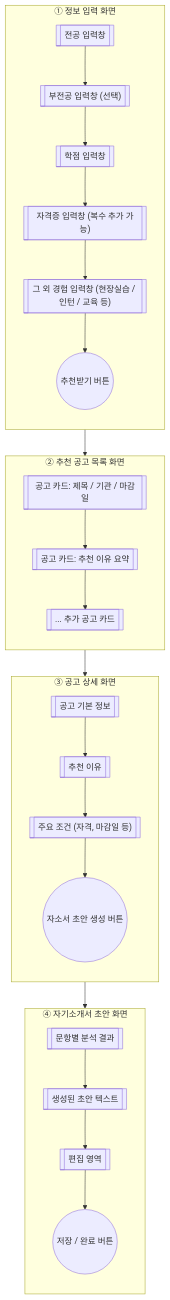
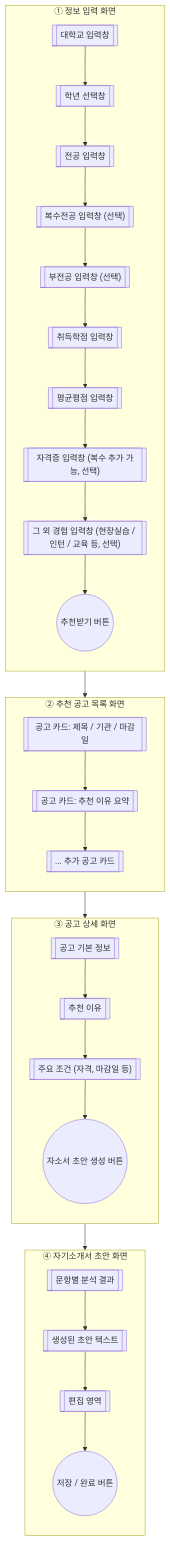
Before and after one commit to Mureung1/hub-showcase: the third of 3 diagrams in docs/prototype/wireframe.md, drawn with Mermaid. The commit also changed other lines of this file and 16 other files, not shown here.

````diff
--- a/docs/prototype/wireframe.md
+++ b/docs/prototype/wireframe.md
@@ -47,41 +47,45 @@
 ```mermaid
 flowchart TB
     subgraph S1["① 정보 입력 화면"]
         direction TB
+        s1u[["대학교 입력창"]]
+        s1g[["학년 선택창"]]
         s1a[["전공 입력창"]]
+        s1m[["복수전공 입력창 (선택)"]]
         s1b[["부전공 입력창 (선택)"]]
-        s1c[["학점 입력창"]]
-        s1e[["자격증 입력창 (복수 추가 가능)"]]
-        s1f[["그 외 경험 입력창 (현장실습 / 인턴 / 교육 등)"]]
+        s1c1[["취득학점 입력창"]]
+        s1c2[["평균평점 입력창"]]
+        s1e[["자격증 입력창 (복수 추가 가능, 선택)"]]
+        s1f[["그 외 경험 입력창 (현장실습 / 인턴 / 교육 등, 선택)"]]
         s1d(("추천받기 버튼"))
-        s1a --> s1b --> s1c --> s1e --> s1f --> s1d
+        s1u --> s1g --> s1a --> s1m --> s1b --> s1c1 --> s1c2 --> s1e --> s1f --> s1d
     end
 
     subgraph S2["② 추천 공고 목록 화면"]
         direction TB
         s2a[["공고 카드: 제목 / 기관 / 마감일"]]
         s2b[["공고 카드: 추천 이유 요약"]]
         s2c[["... 추가 공고 카드"]]
         s2a --> s2b --> s2c
     end
 
     subgraph S3["③ 공고 상세 화면"]
         direction TB
         s3a[["공고 기본 정보"]]
         s3b[["추천 이유"]]
         s3c[["주요 조건 (자격, 마감일 등)"]]
         s3d(("자소서 초안 생성 버튼"))
         s3a --> s3b --> s3c --> s3d
     end
 
     subgraph S4["④ 자기소개서 초안 화면"]
         direction TB
         s4a[["문항별 분석 결과"]]
         s4b[["생성된 초안 텍스트"]]
         s4c[["편집 영역"]]
         s4d(("저장 / 완료 버튼"))
         s4a --> s4b --> s4c --> s4d
     end
 
     S1 --> S2 --> S3 --> S4
 ```
````
